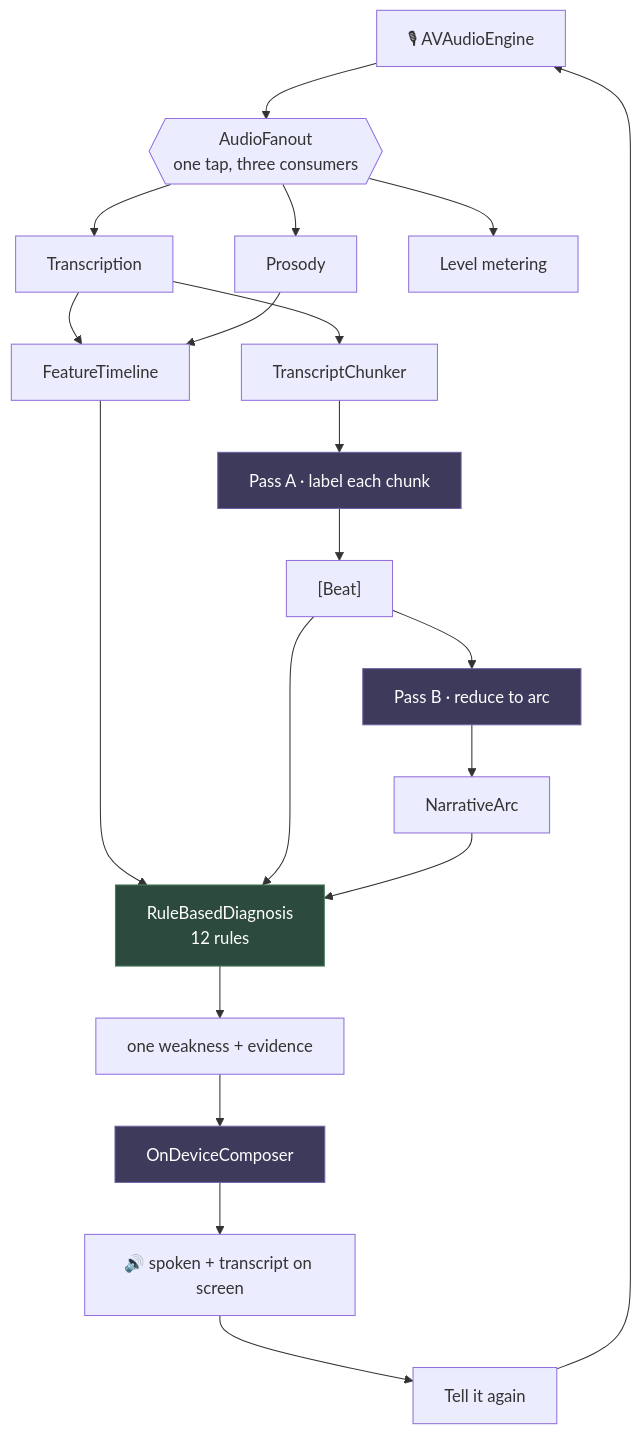
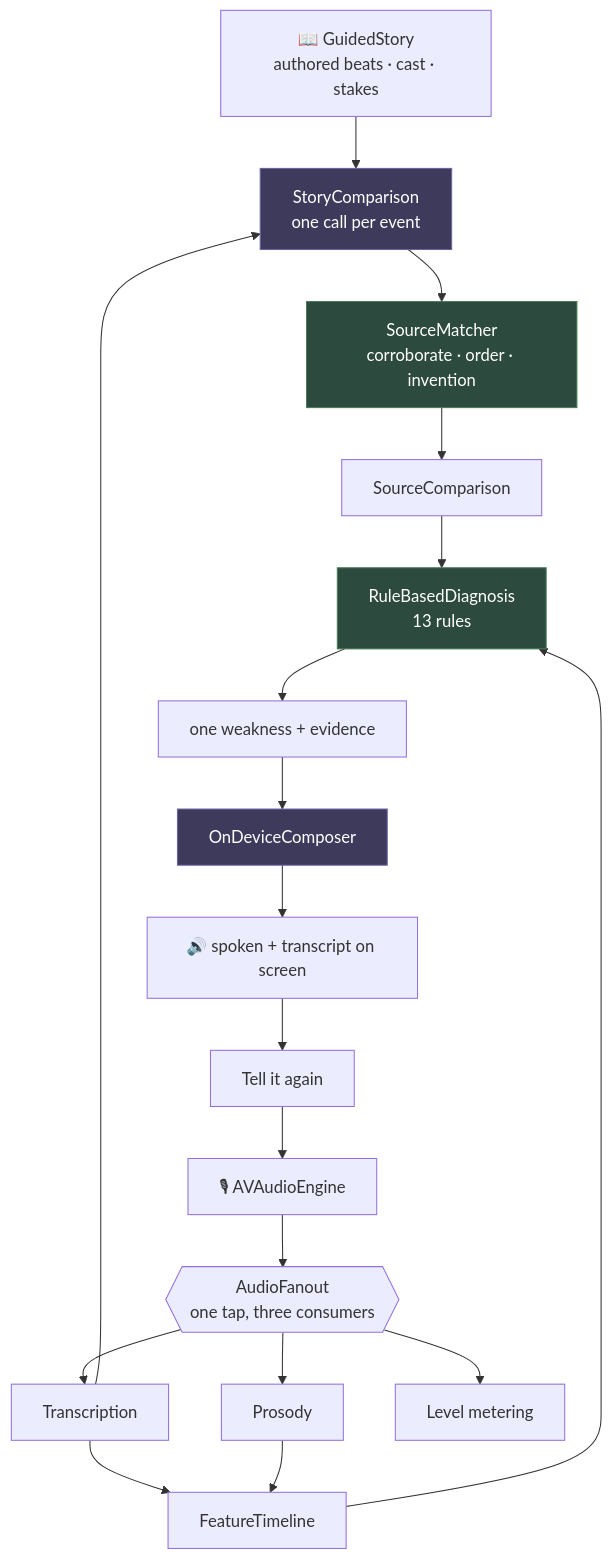
Before and after one commit to UjjawalPrabhat/conteur: the second of 5 diagrams in Conteur/Core/README.md, drawn with Mermaid. The commit also changed other lines of this file and 16 other files, not shown here.

````diff
--- a/Conteur/Core/README.md
+++ b/Conteur/Core/README.md
@@ -45,32 +45,30 @@
 ```mermaid
 flowchart TD
+    story["📖 GuidedStory<br/>authored beats · cast · stakes"] --> cmp
     mic["🎙 AVAudioEngine"] --> fan{{"AudioFanout<br/>one tap, three consumers"}}
 
     fan --> tx["Transcription"]
     fan --> pr["Prosody"]
     fan --> lvl["Level metering"]
 
     tx --> tl["FeatureTimeline"]
     pr --> tl
 
-    tx --> chunk["TranscriptChunker"]
-    chunk --> passA["Pass A · label each chunk"]
-    passA --> beats["[Beat]"]
-    beats --> passB["Pass B · reduce to arc"]
-    passB --> arc["NarrativeArc"]
+    tx --> cmp["StoryComparison<br/>one call per event"]
+    cmp --> corr["SourceMatcher<br/>corroborate · order · invention"]
+    corr --> src["SourceComparison"]
 
-    tl --> diag["RuleBasedDiagnosis<br/>12 rules"]
-    beats --> diag
-    arc --> diag
+    tl --> diag["RuleBasedDiagnosis<br/>13 rules"]
+    src --> diag
 
     diag --> focus["one weakness + evidence"]
     focus --> comp["OnDeviceComposer"]
     comp --> spoken["🔊 spoken + transcript on screen"]
     spoken --> again["Tell it again"]
     again --> mic
 
     style diag fill:#2d4a3e,stroke:#4a7c59,color:#fff
-    style passA fill:#3d3a5c,stroke:#6b63a3,color:#fff
-    style passB fill:#3d3a5c,stroke:#6b63a3,color:#fff
+    style corr fill:#2d4a3e,stroke:#4a7c59,color:#fff
+    style cmp fill:#3d3a5c,stroke:#6b63a3,color:#fff
     style comp fill:#3d3a5c,stroke:#6b63a3,color:#fff
 ```
````
